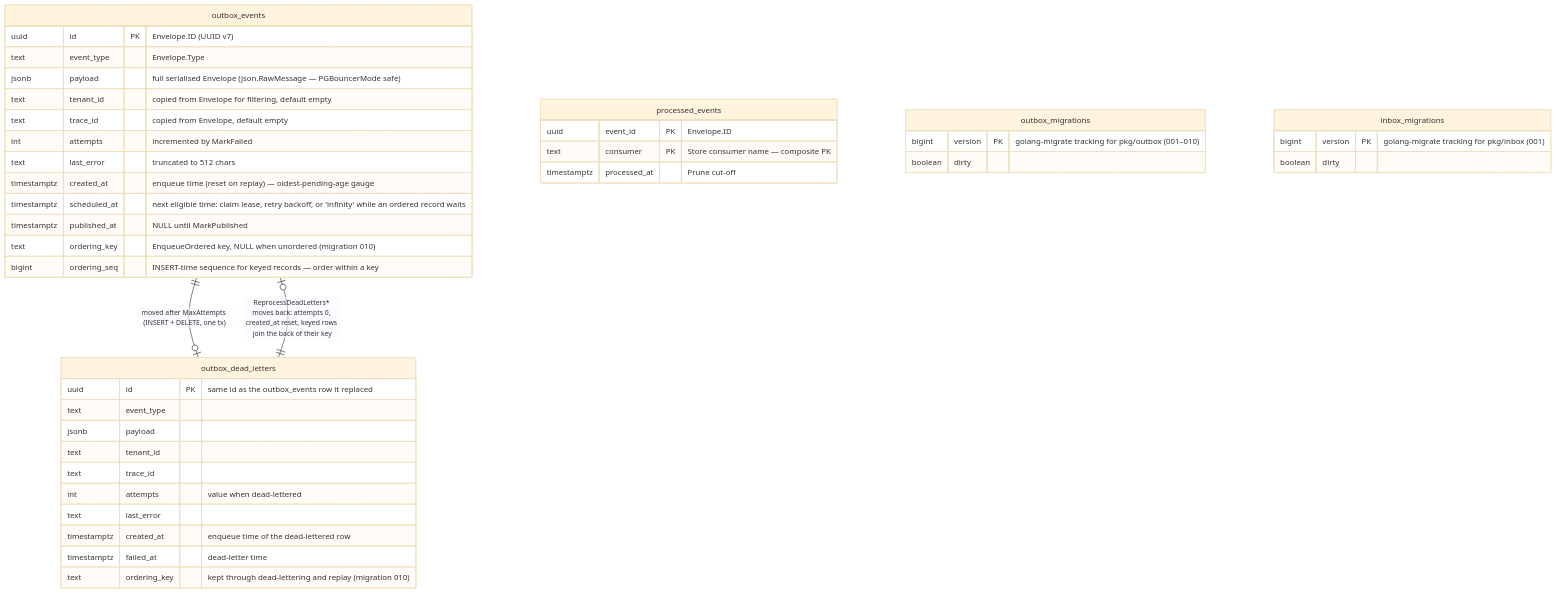
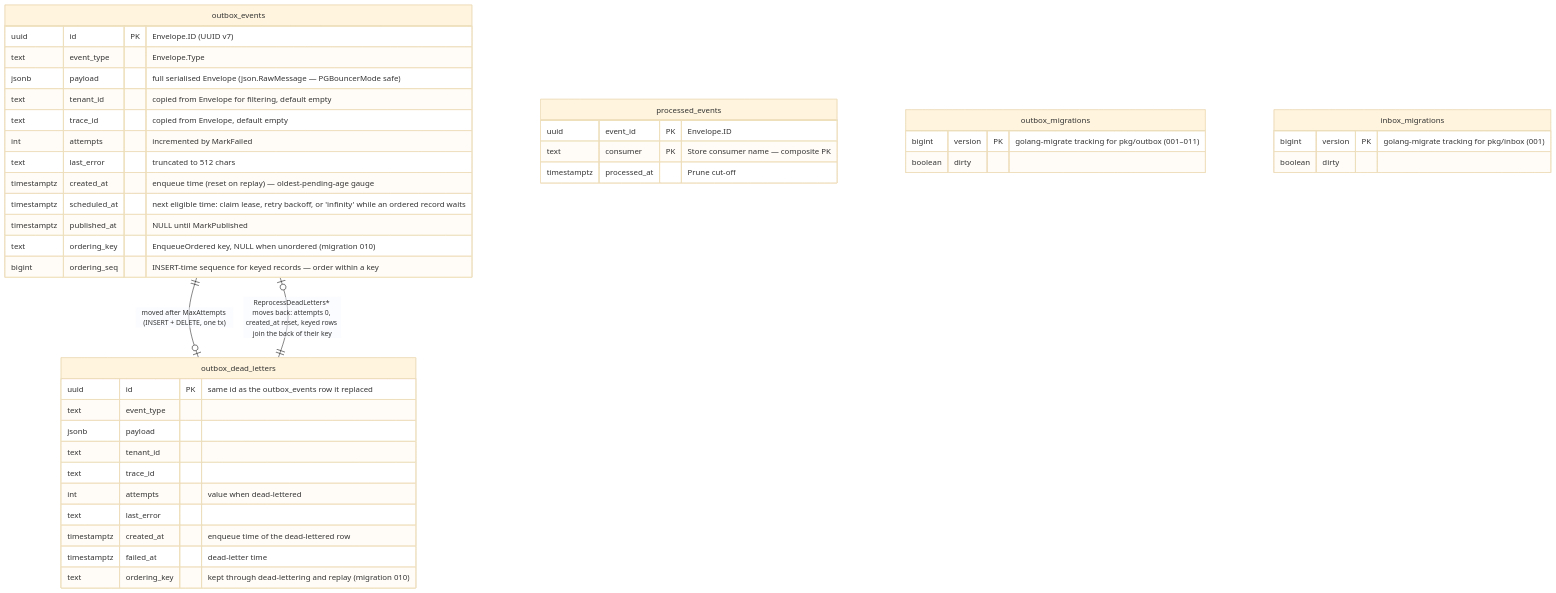
One commit to BCBP-SOLUTIONS-FZC-LLC/platform-events changed the diagram in docs/architecture/mermaid/data-model.mmd. Above: the diagram before and after it, drawn with Mermaid (base theme). The commit also changed 73 other files, not shown here.

```diff
--- a/docs/architecture/mermaid/data-model.mmd
+++ b/docs/architecture/mermaid/data-model.mmd
@@ -1,42 +1,42 @@
 erDiagram
     outbox_events {
         uuid id PK "Envelope.ID (UUID v7)"
         text event_type "Envelope.Type"
         jsonb payload "full serialised Envelope (json.RawMessage — PGBouncerMode safe)"
         text tenant_id "copied from Envelope for filtering, default empty"
         text trace_id "copied from Envelope, default empty"
         int attempts "incremented by MarkFailed"
         text last_error "truncated to 512 chars"
         timestamptz created_at "enqueue time (reset on replay) — oldest-pending-age gauge"
         timestamptz scheduled_at "next eligible time: claim lease, retry backoff, or 'infinity' while an ordered record waits"
         timestamptz published_at "NULL until MarkPublished"
         text ordering_key "EnqueueOrdered key, NULL when unordered (migration 010)"
         bigint ordering_seq "INSERT-time sequence for keyed records — order within a key"
     }
     outbox_dead_letters {
         uuid id PK "same id as the outbox_events row it replaced"
         text event_type
         jsonb payload
         text tenant_id
         text trace_id
         int attempts "value when dead-lettered"
         text last_error
         timestamptz created_at "enqueue time of the dead-lettered row"
         timestamptz failed_at "dead-letter time"
         text ordering_key "kept through dead-lettering and replay (migration 010)"
     }
     processed_events {
         uuid event_id PK "Envelope.ID"
         text consumer PK "Store consumer name — composite PK"
         timestamptz processed_at "Prune cut-off"
     }
     outbox_migrations {
-        bigint version PK "golang-migrate tracking for pkg/outbox (001–010)"
+        bigint version PK "golang-migrate tracking for pkg/outbox (001–011)"
         boolean dirty
     }
     inbox_migrations {
         bigint version PK "golang-migrate tracking for pkg/inbox (001)"
         boolean dirty
     }
     outbox_events ||--o| outbox_dead_letters : "moved after MaxAttempts (INSERT + DELETE, one tx)"
     outbox_dead_letters ||--o| outbox_events : "ReprocessDeadLetters* moves back: attempts 0, created_at reset, keyed rows join the back of their key"
```
